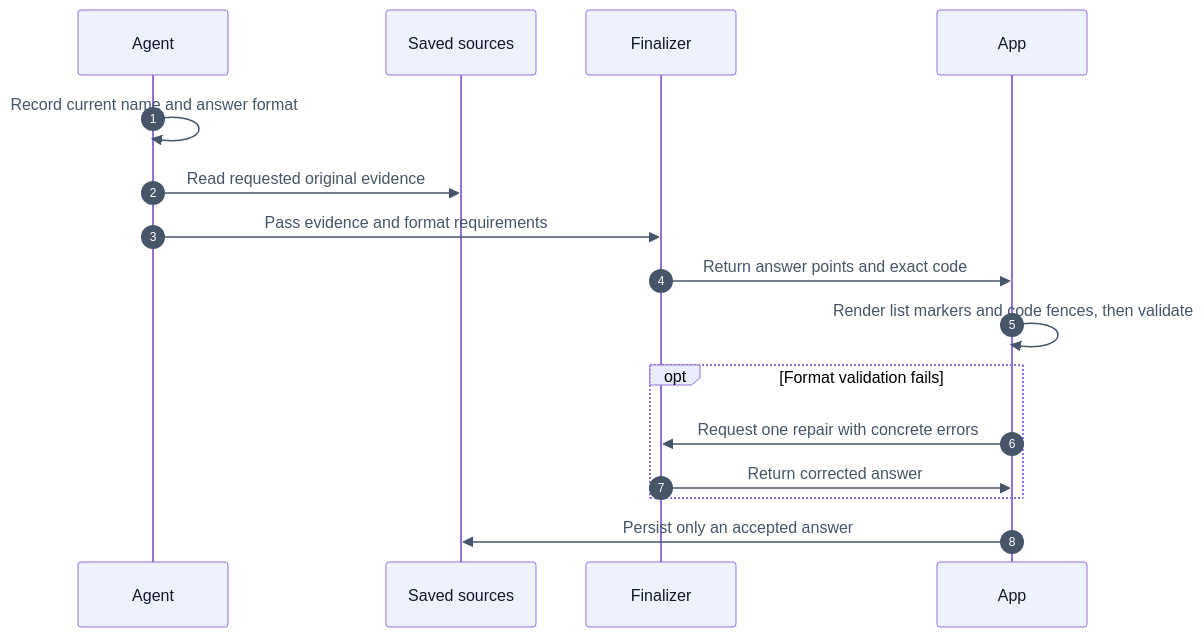
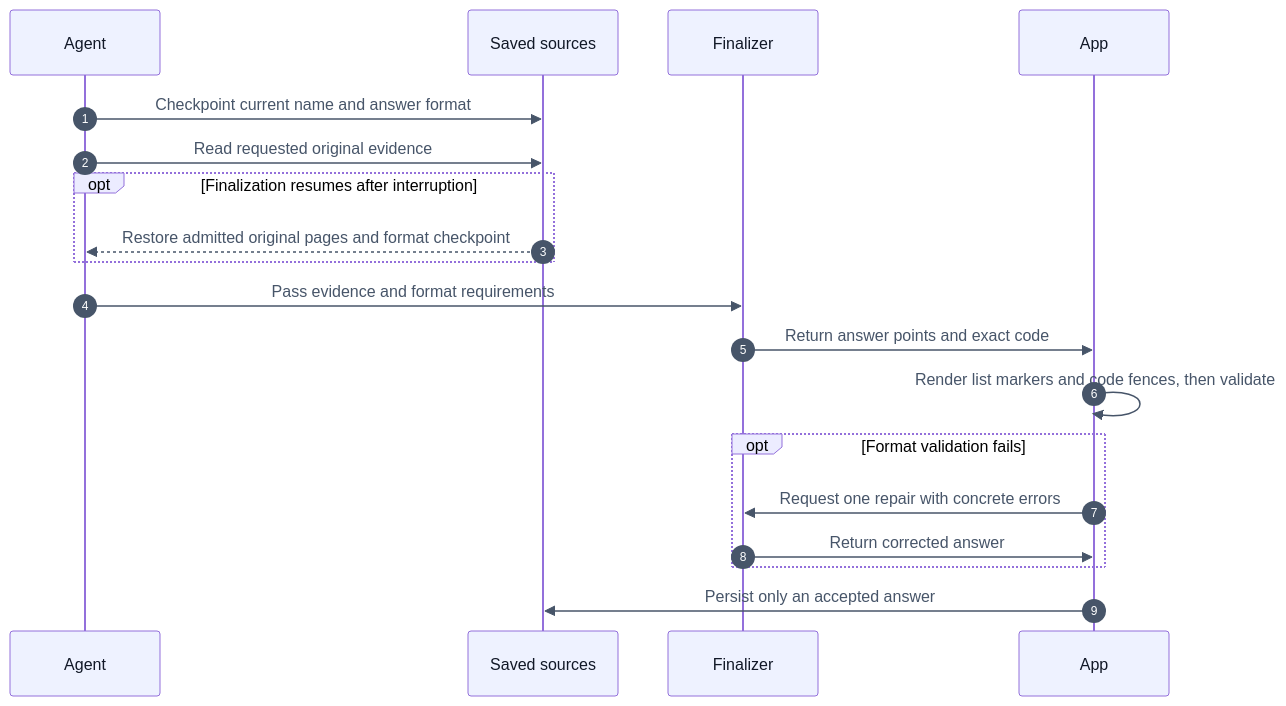
The first of 3 diagrams in reference/engineering/SESSION_EVIDENCE.md (devhims/video2ctx), drawn with Mermaid before and after one commit. The commit also changed other lines of this file and 8 other files, not shown here.

Commit message:
fix: restore saved verification state during finalization recovery

````diff
--- a/reference/engineering/SESSION_EVIDENCE.md
+++ b/reference/engineering/SESSION_EVIDENCE.md
@@ -138,19 +138,22 @@
 ```mermaid
 %%{init: {"themeVariables": {"sequenceNumberColor": "#ffffff", "actorBkg": "#eef2ff", "actorTextColor": "#111827", "signalColor": "#475569", "signalTextColor": "#475569"}}}%%
 sequenceDiagram
     autonumber
     participant Agent
     participant Store as Saved sources
     participant Finalizer
     participant App
-    Agent->>Agent: Record current name and answer format
+    Agent->>Store: Checkpoint current name and answer format
     Agent->>Store: Read requested original evidence
+    opt Finalization resumes after interruption
+        Store-->>Agent: Restore admitted original pages and format checkpoint
+    end
     Agent->>Finalizer: Pass evidence and format requirements
     Finalizer->>App: Return answer points and exact code
     App->>App: Render list markers and code fences, then validate
     opt Format validation fails
         App->>Finalizer: Request one repair with concrete errors
         Finalizer->>App: Return corrected answer
     end
     App->>Store: Persist only an accepted answer
 ```
````
